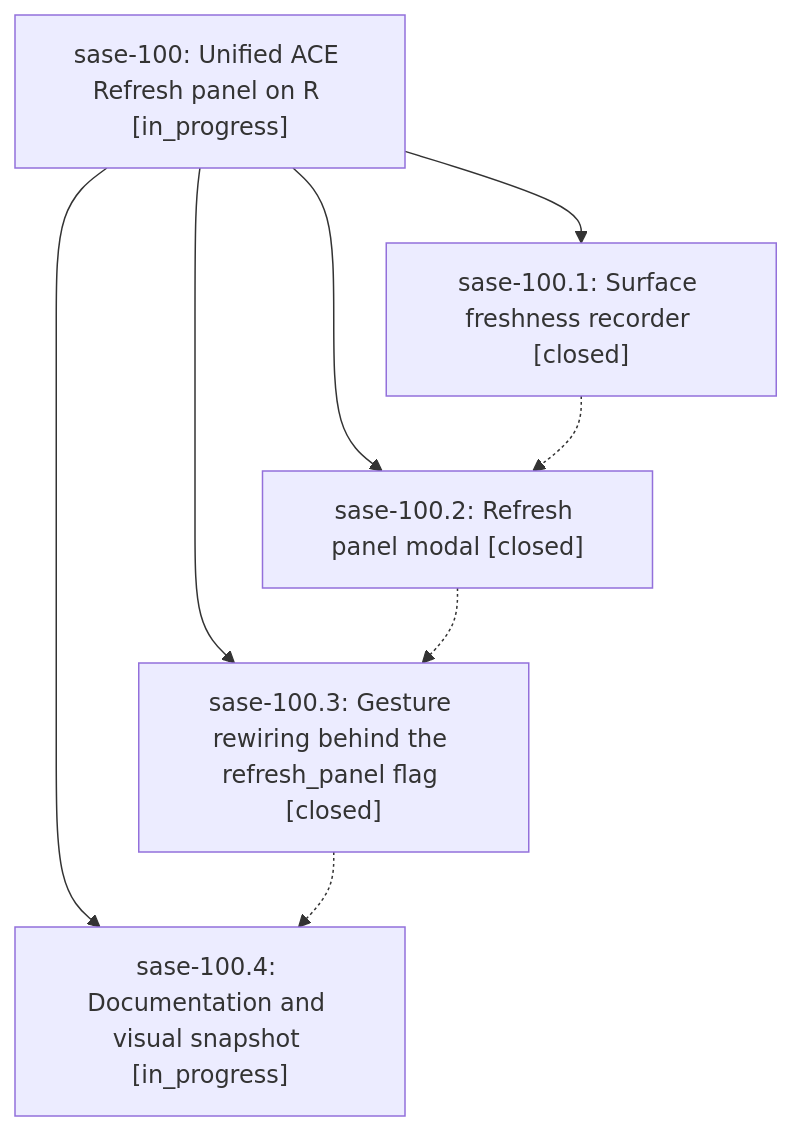
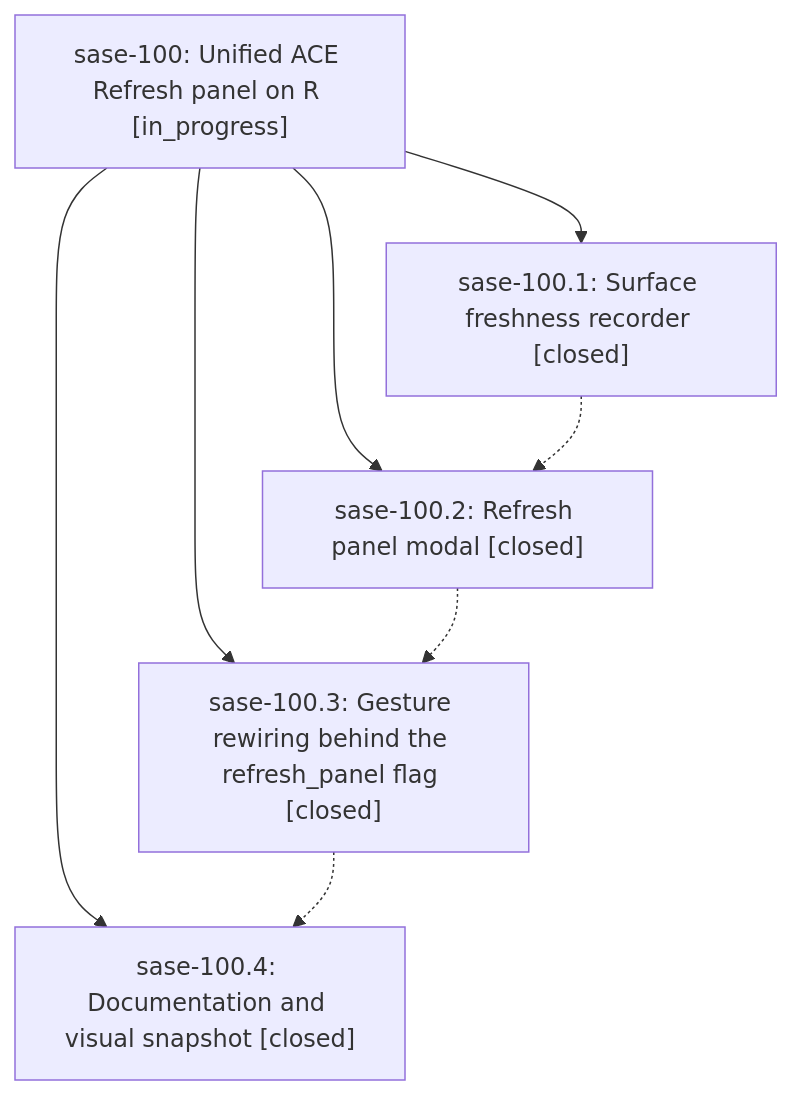
One commit to sase-org/sase--beads changed the diagram in pages/sase-100/README.md. Above: the diagram before and after it, drawn with Mermaid. The commit also changed other lines of this file and 2 other files, not shown here.

First line of the commit message:
chore(beads): sync bead state and pages for sase-100

````diff
--- a/pages/sase-100/README.md
+++ b/pages/sase-100/README.md
@@ -37,15 +41,15 @@
 ```mermaid
 flowchart TD
     n0["sase-100: Unified ACE Refresh panel on R [in_progress]"]
     n1["sase-100.1: Surface freshness recorder [closed]"]
     n2["sase-100.2: Refresh panel modal [closed]"]
     n3["sase-100.3: Gesture rewiring behind the refresh_panel flag [closed]"]
-    n4["sase-100.4: Documentation and visual snapshot [in_progress]"]
+    n4["sase-100.4: Documentation and visual snapshot [closed]"]
     n0 --> n1
     n0 --> n2
     n0 --> n3
     n0 --> n4
     n1 -.-> n2
     n2 -.-> n3
     n3 -.-> n4
 ```
````
